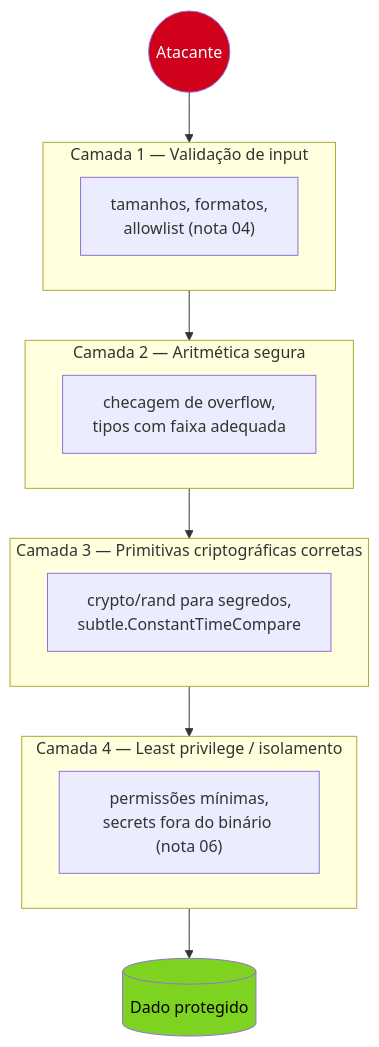
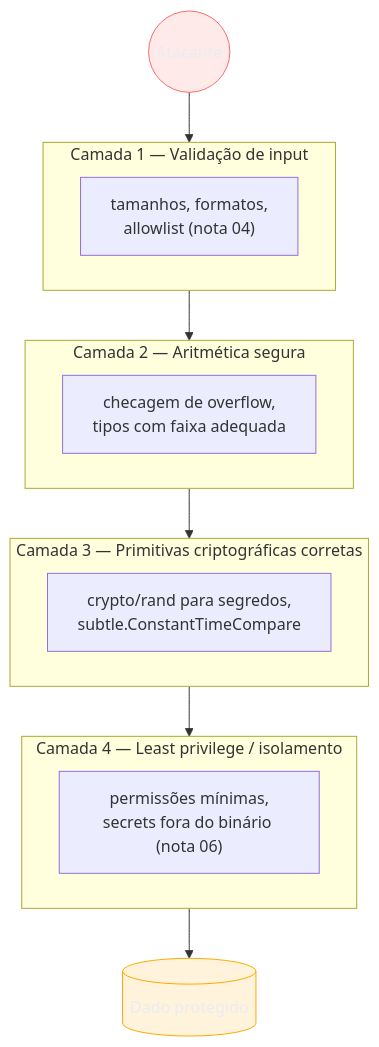
Before and after one commit to josenaldo/codex-technomanticus: the third of 3 diagrams in 03-Dominios/Tecnologia/Go/19 - Segurança/07 - Secure coding patterns.md, drawn with Mermaid. The commit also changed other lines of this file and 1181 other files, not shown here.

First line of the commit message:
fix(diagramas): paleta do sistema no lugar de cor cravada no markdown

````diff
--- a/03-Dominios/Tecnologia/Go/19 - Segurança/07 - Secure coding patterns.md
+++ b/03-Dominios/Tecnologia/Go/19 - Segurança/07 - Secure coding patterns.md
@@ -248,27 +252,29 @@
 ```mermaid
 flowchart TB
+    classDef falha fill:#FF6B6B24,stroke:#FF6B6B,color:#E9ECF2
+    classDef destaque fill:#FFAA0024,stroke:#FFAA00,color:#E9ECF2
     Atacante((Atacante)) --> L1
 
     subgraph L1["Camada 1 — Validação de input"]
         V1["tamanhos, formatos,\nallowlist (nota 04)"]
     end
     L1 --> L2
 
     subgraph L2["Camada 2 — Aritmética segura"]
         V2["checagem de overflow,\ntipos com faixa adequada"]
     end
     L2 --> L3
 
     subgraph L3["Camada 3 — Primitivas criptográficas corretas"]
         V3["crypto/rand para segredos,\nsubtle.ConstantTimeCompare"]
     end
     L3 --> L4
 
     subgraph L4["Camada 4 — Least privilege / isolamento"]
         V4["permissões mínimas,\nsecrets fora do binário (nota 06)"]
     end
     L4 --> Sistema[("Dado protegido")]
 
-    style Atacante fill:#D0021B,color:#fff
-    style Sistema fill:#7ED321,color:#000
+    class Atacante falha
+    class Sistema destaque
 ```
````
